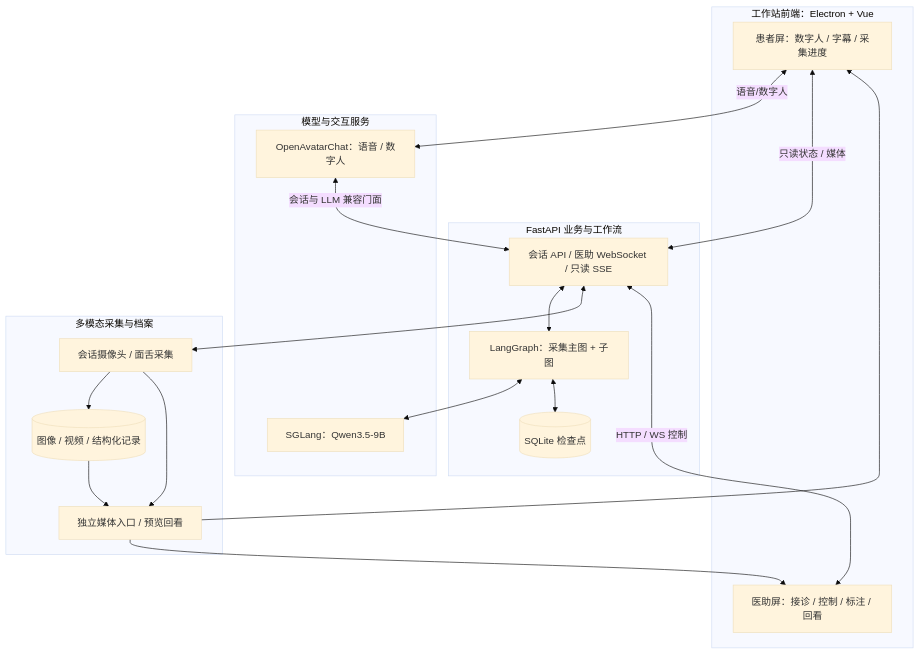
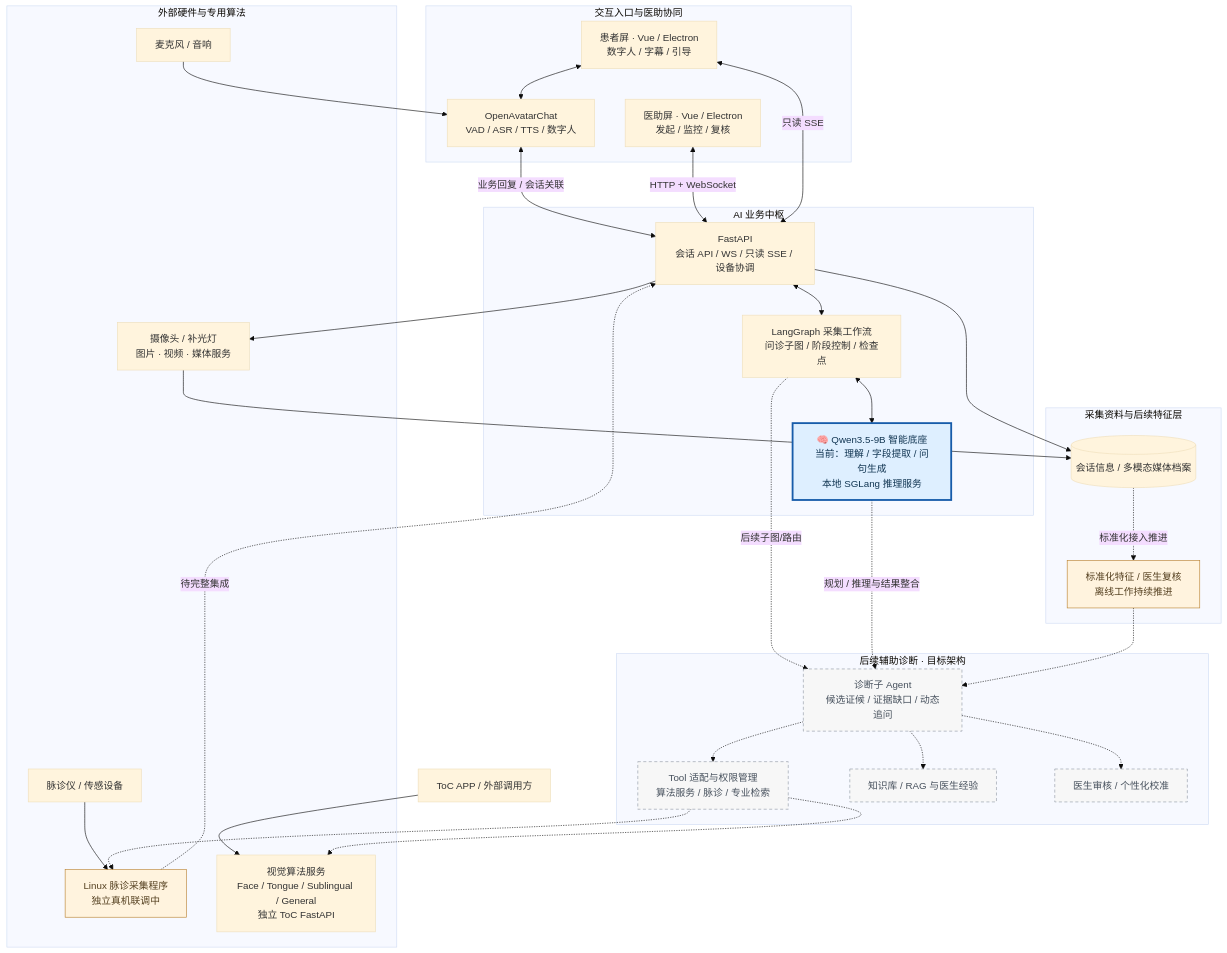
One commit to Shenchen-Liu/TCM-AI-Portfolio changed the first of 4 diagrams in docs/architecture.md. Above: the diagram before and after it, drawn with Mermaid (base theme). The commit also changed other lines of this file, not shown here.

Commit message:
docs(portfolio): visualize Qwen platform, planned diagnosis agent, ToC tools and pulse integration

````diff
--- a/docs/architecture.md
+++ b/docs/architecture.md
@@ -9,34 +9,61 @@
 ```mermaid
 flowchart TB
-  subgraph UI["工作站前端：Electron + Vue"]
-    P["患者屏：数字人 / 字幕 / 采集进度"]
-    S["医助屏：接诊 / 控制 / 标注 / 回看"]
+  subgraph Human["交互入口与医助协同"]
+    PAT["患者屏 · Vue / Electron<br/>数字人 / 字幕 / 引导"]
+    STAFF["医助屏 · Vue / Electron<br/>发起 / 监控 / 复核"]
+    OAC["OpenAvatarChat<br/>VAD / ASR / TTS / 数字人"]
   end
-  subgraph Core["FastAPI 业务与工作流"]
-    API["会话 API / 医助 WebSocket / 只读 SSE"]
-    LG["LangGraph：采集主图 + 子图"]
-    CP[("SQLite 检查点")]
+  subgraph Brain["AI 业务中枢"]
+    BACK["FastAPI<br/>会话 API / WS / 只读 SSE / 设备协调"]
+    GRAPH["LangGraph 采集工作流<br/>问诊子图 / 阶段控制 / 检查点"]
+    QWEN["🧠 Qwen3.5-9B 智能底座<br/>当前：理解 / 字段提取 / 问句生成<br/>本地 SGLang 推理服务"]
   end
-  subgraph AI["模型与交互服务"]
-    OAC["OpenAvatarChat：语音 / 数字人"]
-    Q["SGLang：Qwen3.5-9B"]
+  subgraph Sources["外部硬件与专用算法"]
+    CAM["摄像头 / 补光灯<br/>图片 · 视频 · 媒体服务"]
+    MIC["麦克风 / 音响"]
+    PULSE["脉诊仪 / 传感设备"]
+    PULSAPP["Linux 脉诊采集程序<br/>独立真机联调中"]
+    VIS["视觉算法服务<br/>Face / Tongue / Sublingual / General<br/>独立 ToC FastAPI"]
   end
-  subgraph Capture["多模态采集与档案"]
-    CAM["会话摄像头 / 面舌采集"]
-    MEDIA["独立媒体入口 / 预览回看"]
-    ARCH[("图像 / 视频 / 结构化记录")]
+  subgraph Data["采集资料与后续特征层"]
+    REC[("会话信息 / 多模态媒体档案")]
+    STANDARD["标准化特征 / 医生复核<br/>离线工作持续推进"]
   end
-  P <-->|"语音/数字人"| OAC
-  P <-->|"只读状态 / 媒体"| API
-  S <-->|"HTTP / WS 控制"| API
-  OAC <-->|"会话与 LLM 兼容门面"| API
-  API <--> LG
-  LG <--> Q
-  LG <--> CP
-  API <--> CAM
-  CAM --> ARCH
-  CAM --> MEDIA
-  ARCH --> MEDIA
-  MEDIA --> P
-  MEDIA --> S
+  subgraph Roadmap["后续辅助诊断 · 目标架构"]
+    DIAG["诊断子 Agent<br/>候选证候 / 证据缺口 / 动态追问"]
+    TOOL["Tool 适配与权限管理<br/>算法服务 / 脉诊 / 专业检索"]
+    RAG["知识库 / RAG 与医生经验"]
+    REVIEW["医生审核 / 个性化校准"]
+  end
+  APP["ToC APP / 外部调用方"]
+
+  PAT <--> OAC
+  MIC --> OAC
+  OAC <-->|"业务回复 / 会话关联"| BACK
+  STAFF <-->|"HTTP + WebSocket"| BACK
+  PAT <-->|"只读 SSE"| BACK
+  BACK <--> GRAPH
+  GRAPH <--> QWEN
+  BACK --> CAM
+  CAM --> REC
+  BACK --> REC
+  APP --> VIS
+  PULSE --> PULSAPP
+  PULSAPP -.->|"待完整集成"| BACK
+  REC -.->|"标准化接入推进"| STANDARD
+  GRAPH -.->|"后续子图/路由"| DIAG
+  QWEN -.->|"规划 / 推理与结果整合"| DIAG
+  STANDARD -.-> DIAG
+  DIAG -.-> TOOL
+  DIAG -.-> RAG
+  DIAG -.-> REVIEW
+  TOOL -.-> VIS
+  TOOL -.-> PULSAPP
+
+  classDef brain fill:#deefff,stroke:#175caa,stroke-width:3px,color:#123653;
+  classDef planned fill:#f7f7f7,stroke:#9098a4,stroke-dasharray:5 4,color:#47515d;
+  classDef ongoing fill:#fff3de,stroke:#b9802e,color:#554020;
+  class QWEN brain;
+  class DIAG,TOOL,RAG,REVIEW planned;
+  class PULSAPP,STANDARD ongoing;
 ```
````
